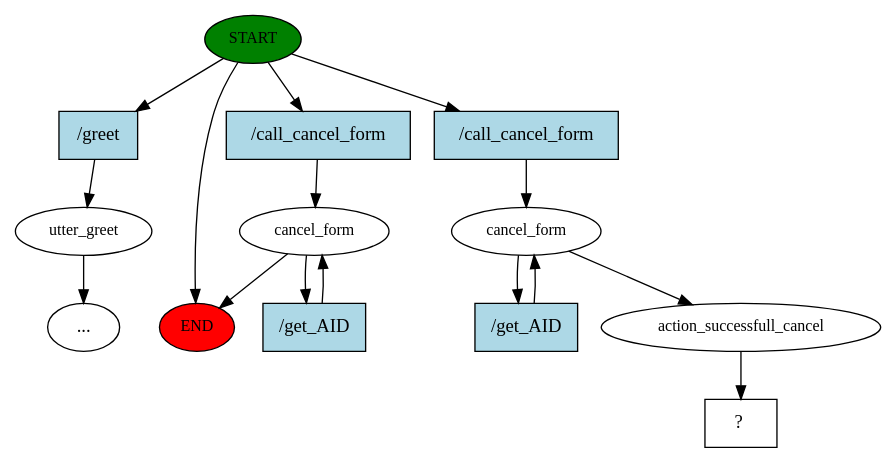
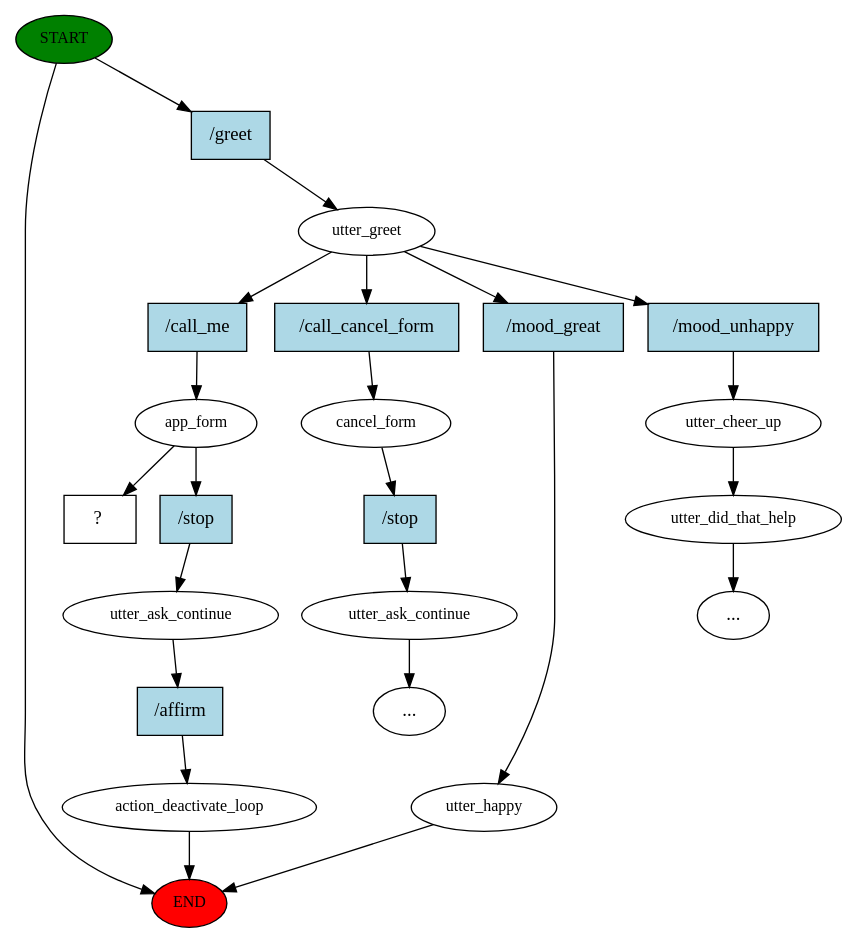
One commit to VrajPatelK/Patient-Appointment changed the diagram in chatbot/story_graph.dot. Above: the diagram before and after it, drawn with Graphviz. The commit also changed 61 other files, not shown here.

```diff
--- a/chatbot/story_graph.dot
+++ b/chatbot/story_graph.dot
@@ -1,30 +1,47 @@
 digraph  {
 0 [class="start active", fillcolor=green, fontsize=12, label=START, style=filled];
 "-1" [class=end, fillcolor=red, fontsize=12, label=END, style=filled];
-1 [class="", fontsize=12, label=utter_greet];
-"-7" [class=ellipsis, label="..."];
+1 [class=active, fontsize=12, label=utter_greet];
+2 [class=active, fontsize=12, label=app_form];
+3 [class="", fontsize=12, label=utter_ask_continue];
+4 [class="", fontsize=12, label=action_deactivate_loop];
 6 [class="", fontsize=12, label=cancel_form];
-8 [class=active, fontsize=12, label=cancel_form];
-10 [class=active, fontsize=12, label=action_successfull_cancel];
-11 [class="intent dashed active", label="  ?  ", shape=rect];
-12 [class=intent, fillcolor=lightblue, label="/greet", shape=rect, style=filled];
-13 [class=intent, fillcolor=lightblue, label="/call_cancel_form", shape=rect, style=filled];
-14 [class="intent active", fillcolor=lightblue, label="/call_cancel_form", shape=rect, style=filled];
-15 [class=intent, fillcolor=lightblue, label="/get_AID", shape=rect, style=filled];
-16 [class="intent active", fillcolor=lightblue, label="/get_AID", shape=rect, style=filled];
+7 [class="", fontsize=12, label=utter_ask_continue];
+"-3" [class=ellipsis, label="..."];
+9 [class="", fontsize=12, label=utter_happy];
+11 [class="", fontsize=12, label=utter_cheer_up];
+12 [class="", fontsize=12, label=utter_did_that_help];
+"-5" [class=ellipsis, label="..."];
+18 [class="intent dashed active", label="  ?  ", shape=rect];
+19 [class="intent active", fillcolor=lightblue, label="/greet", shape=rect, style=filled];
+20 [class="intent active", fillcolor=lightblue, label="/call_me", shape=rect, style=filled];
+21 [class=intent, fillcolor=lightblue, label="/call_cancel_form", shape=rect, style=filled];
+22 [class=intent, fillcolor=lightblue, label="/mood_great", shape=rect, style=filled];
+23 [class=intent, fillcolor=lightblue, label="/mood_unhappy", shape=rect, style=filled];
+24 [class=intent, fillcolor=lightblue, label="/stop", shape=rect, style=filled];
+25 [class=intent, fillcolor=lightblue, label="/affirm", shape=rect, style=filled];
+26 [class=intent, fillcolor=lightblue, label="/stop", shape=rect, style=filled];
 0 -> "-1"  [class="", key=NONE, label=""];
-0 -> 12  [class="", key=0];
-0 -> 13  [class="", key=0];
-0 -> 14  [class=active, key=0];
-1 -> "-7"  [class="", key=NONE, label=""];
-6 -> "-1"  [class="", key=NONE, label=""];
-6 -> 15  [class="", key=0];
-8 -> 10  [class=active, key=NONE, label=""];
-8 -> 16  [class=active, key=0];
-10 -> 11  [class=active, key=NONE, label=""];
-12 -> 1  [class="", key=0];
-13 -> 6  [class="", key=0];
-14 -> 8  [class=active, key=0];
-15 -> 6  [class="", key=0];
-16 -> 8  [class=active, key=0];
+0 -> 19  [class=active, key=0];
+1 -> 20  [class=active, key=0];
+1 -> 21  [class="", key=0];
+1 -> 22  [class="", key=0];
+1 -> 23  [class="", key=0];
+2 -> 18  [class=active, key=NONE, label=""];
+2 -> 24  [class="", key=0];
+3 -> 25  [class="", key=0];
+4 -> "-1"  [class="", key=NONE, label=""];
+6 -> 26  [class="", key=0];
+7 -> "-3"  [class="", key=NONE, label=""];
+9 -> "-1"  [class="", key=NONE, label=""];
+11 -> 12  [class="", key=NONE, label=""];
+12 -> "-5"  [class="", key=NONE, label=""];
+19 -> 1  [class=active, key=0];
+20 -> 2  [class=active, key=0];
+21 -> 6  [class="", key=0];
+22 -> 9  [class="", key=0];
+23 -> 11  [class="", key=0];
+24 -> 3  [class="", key=0];
+25 -> 4  [class="", key=0];
+26 -> 7  [class="", key=0];
 }
```
